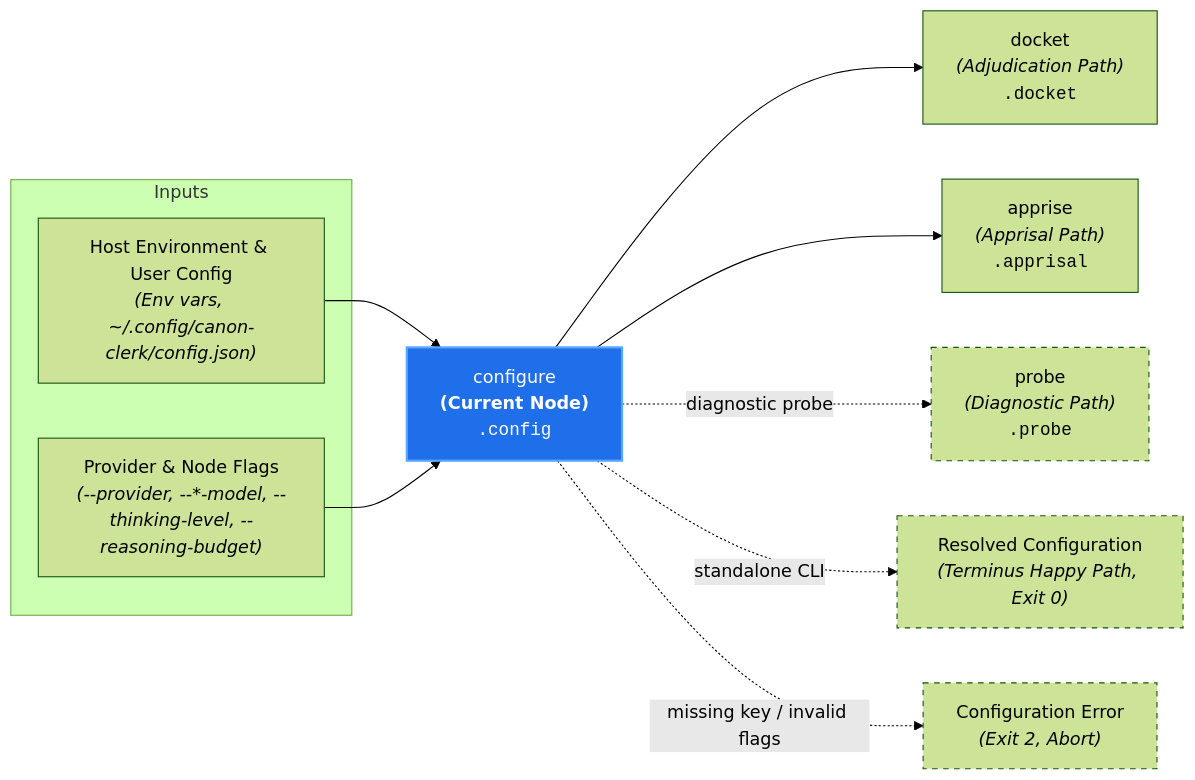
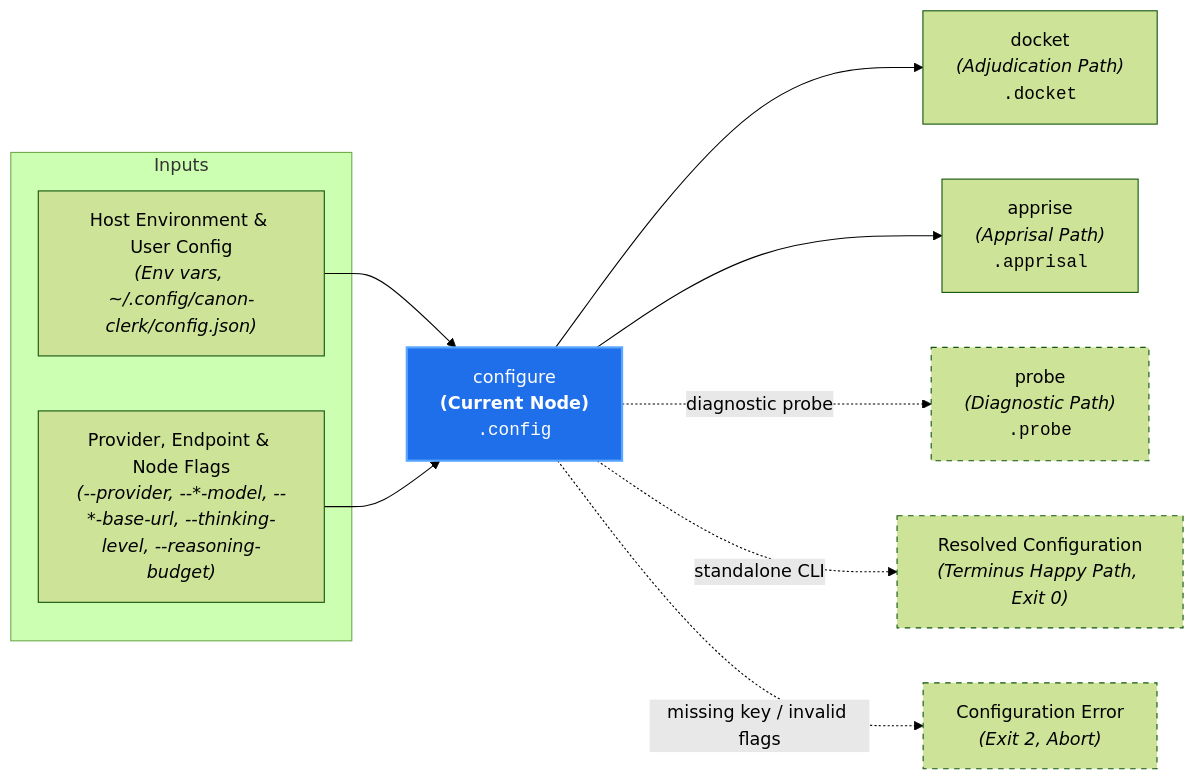
Before and after one commit to PAIR-code/canon-clerk: the diagram in docs/architecture/nodes/configure.md, drawn with Mermaid (forest theme). The commit also changed other lines of this file and 31 other files, not shown here.

First line of the commit message:
feat(spec,configuration,core,cli,readme): unify protocol driver registry, baseUrl overrides, and custom provider profiles (#335) (#340)

````diff
--- a/docs/architecture/nodes/configure.md
+++ b/docs/architecture/nodes/configure.md
@@ -21,21 +21,21 @@
 ```mermaid
 flowchart LR
     subgraph Inputs["Inputs"]
         Env["Host Environment & User Config<br/><i>(Env vars, ~/.config/canon-clerk/config.json)</i>"]
-        Params["Provider & Node Flags<br/><i>(--provider, --*-model, --thinking-level, --reasoning-budget)</i>"]
+        Params["Provider, Endpoint & Node Flags<br/><i>(--provider, --*-model, --*-base-url, --thinking-level, --reasoning-budget)</i>"]
     end
 
     Env --> Config["configure<br/><b>(Current Node)</b><br/><code>.config</code>"]
     Params --> Config
 
     Config --> Docket["docket<br/><i>(Adjudication Path)</i><br/><code>.docket</code>"]
     Config --> Apprise["apprise<br/><i>(Apprisal Path)</i><br/><code>.apprisal</code>"]
     Config -. "diagnostic probe" .-> Probe["probe<br/><i>(Diagnostic Path)</i><br/><code>.probe</code>"]
     Config -. "standalone CLI" .-> ConfigReport["Resolved Configuration<br/><i>(Terminus Happy Path, Exit 0)</i>"]
     Config -. "missing key / invalid flags" .-> Error["Configuration Error<br/><i>(Exit 2, Abort)</i>"]
 
     style Config fill:#1f6feb,stroke:#58a6ff,stroke-width:2px,color:#fff
     style ConfigReport stroke-dasharray: 5 5
     style Probe stroke-dasharray: 5 5
     style Error stroke-dasharray: 5 5
 ```
````
